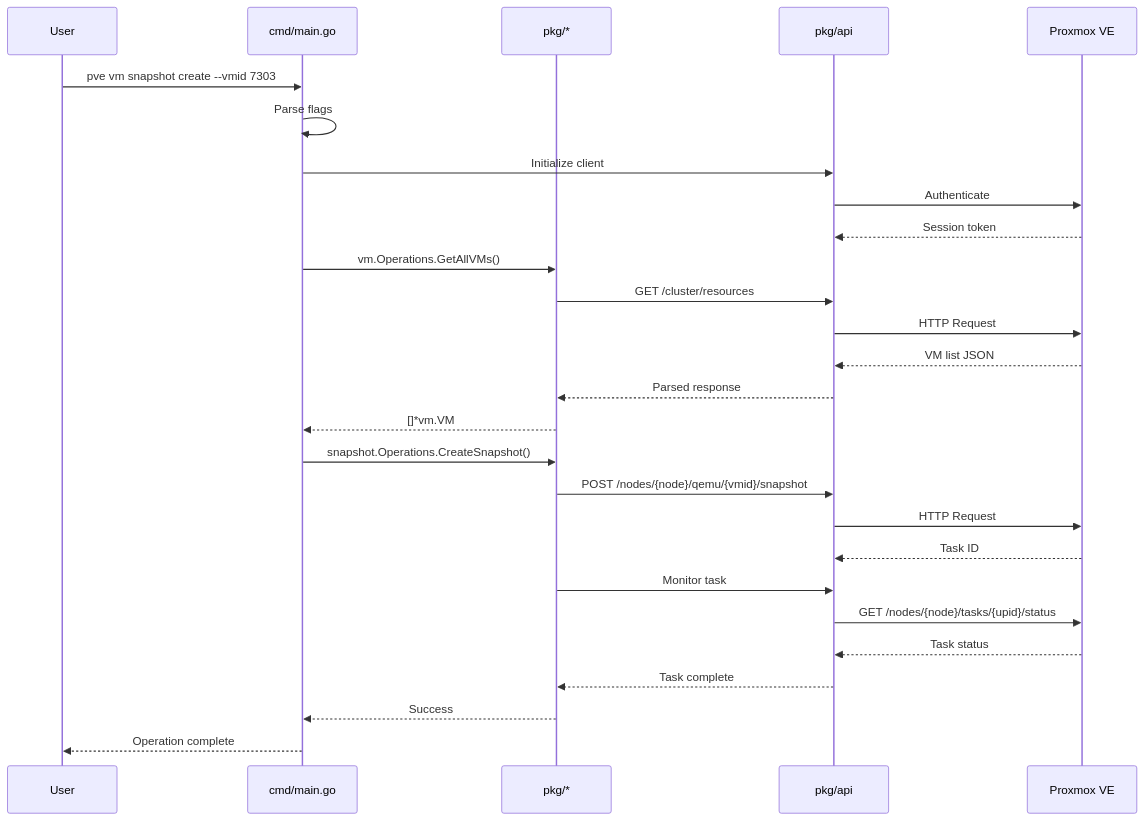
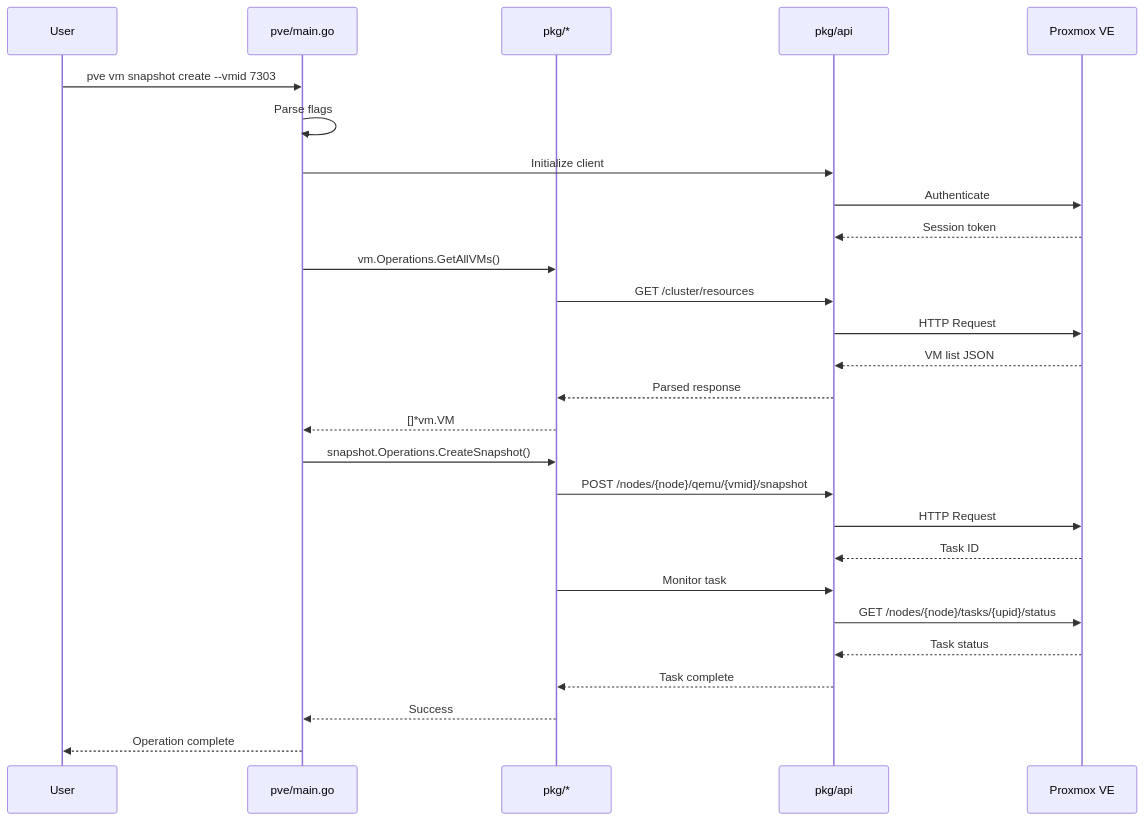
Diagram 17 of 21 in FUNCTIONAL_SPECIFICATION.md (yg-codes/proxmox), drawn with Mermaid before and after one commit. The commit also changed other lines of this file and 15 other files, not shown here.

First line of the commit message:
refactor: rename cmd/ to pve/ so go install produces a binary named pve (#2)

````diff
--- a/FUNCTIONAL_SPECIFICATION.md
+++ b/FUNCTIONAL_SPECIFICATION.md
@@ -824,30 +824,30 @@
 ```mermaid
 sequenceDiagram
     participant User
-    participant CLI as cmd/main.go
+    participant CLI as pve/main.go
     participant Pkg as pkg/*
     participant API as pkg/api
     participant PVE as Proxmox VE
 
     User->>CLI: pve vm snapshot create --vmid 7303
     CLI->>CLI: Parse flags
     CLI->>API: Initialize client
     API->>PVE: Authenticate
     PVE-->>API: Session token
     CLI->>Pkg: vm.Operations.GetAllVMs()
     Pkg->>API: GET /cluster/resources
     API->>PVE: HTTP Request
     PVE-->>API: VM list JSON
     API-->>Pkg: Parsed response
     Pkg-->>CLI: []*vm.VM
     CLI->>Pkg: snapshot.Operations.CreateSnapshot()
     Pkg->>API: POST /nodes/{node}/qemu/{vmid}/snapshot
     API->>PVE: HTTP Request
     PVE-->>API: Task ID
     Pkg->>API: Monitor task
     API->>PVE: GET /nodes/{node}/tasks/{upid}/status
     PVE-->>API: Task status
     API-->>Pkg: Task complete
     Pkg-->>CLI: Success
     CLI-->>User: Operation complete
 ```
````
